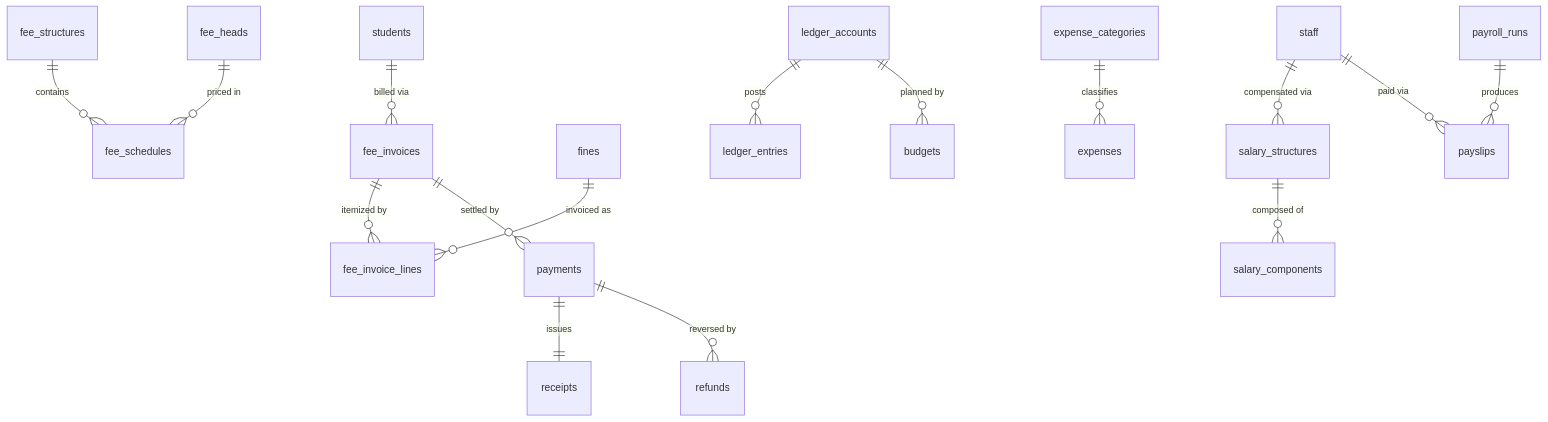
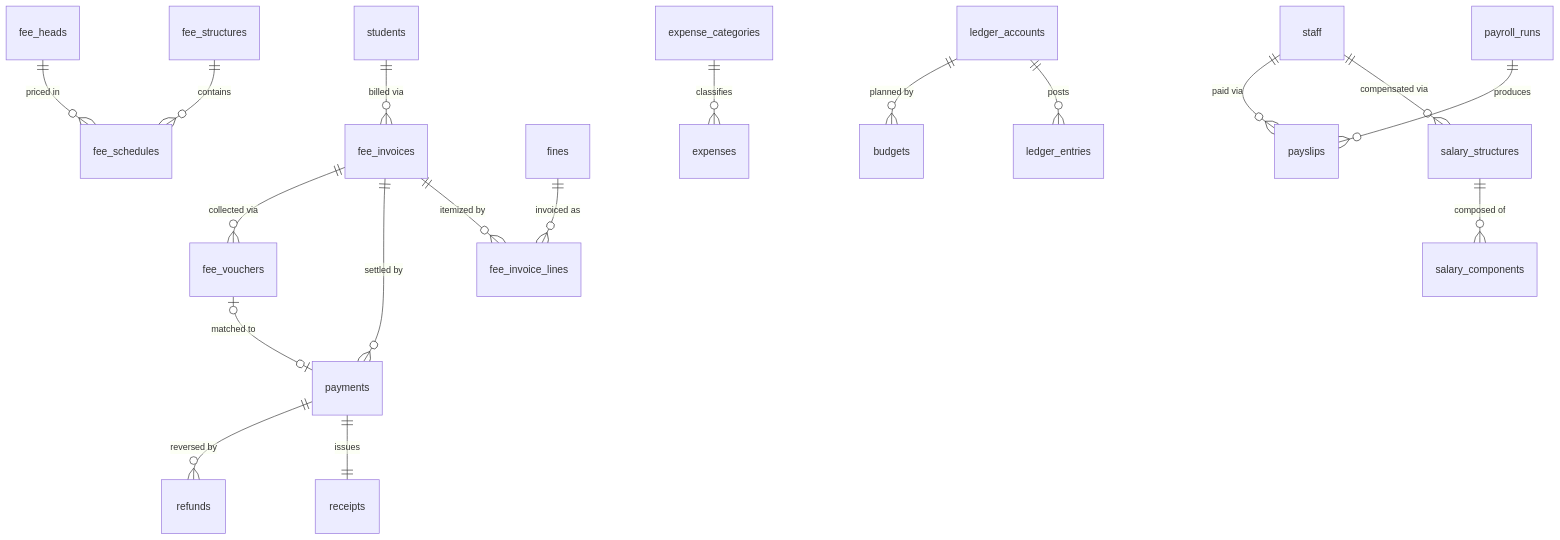
Before and after one commit to sameer-sultan41/schoolhub: the fifth of 9 diagrams in docs/05-database/erd-overview.md, drawn with Mermaid. The commit also changed other lines of this file and 4 other files, not shown here.

````diff
--- a/docs/05-database/erd-overview.md
+++ b/docs/05-database/erd-overview.md
@@ -111,18 +111,20 @@
 ```mermaid
 erDiagram
     fee_structures ||--o{ fee_schedules : "contains"
     fee_heads ||--o{ fee_schedules : "priced in"
     students ||--o{ fee_invoices : "billed via"
     fee_invoices ||--o{ fee_invoice_lines : "itemized by"
     fines ||--o{ fee_invoice_lines : "invoiced as"
     fee_invoices ||--o{ payments : "settled by"
+    fee_invoices ||--o{ fee_vouchers : "collected via"
+    fee_vouchers |o--o| payments : "matched to"
     payments ||--|| receipts : "issues"
     payments ||--o{ refunds : "reversed by"
     ledger_accounts ||--o{ ledger_entries : "posts"
     expense_categories ||--o{ expenses : "classifies"
     ledger_accounts ||--o{ budgets : "planned by"
     staff ||--o{ salary_structures : "compensated via"
     salary_structures ||--o{ salary_components : "composed of"
     payroll_runs ||--o{ payslips : "produces"
     staff ||--o{ payslips : "paid via"
 ```
````
